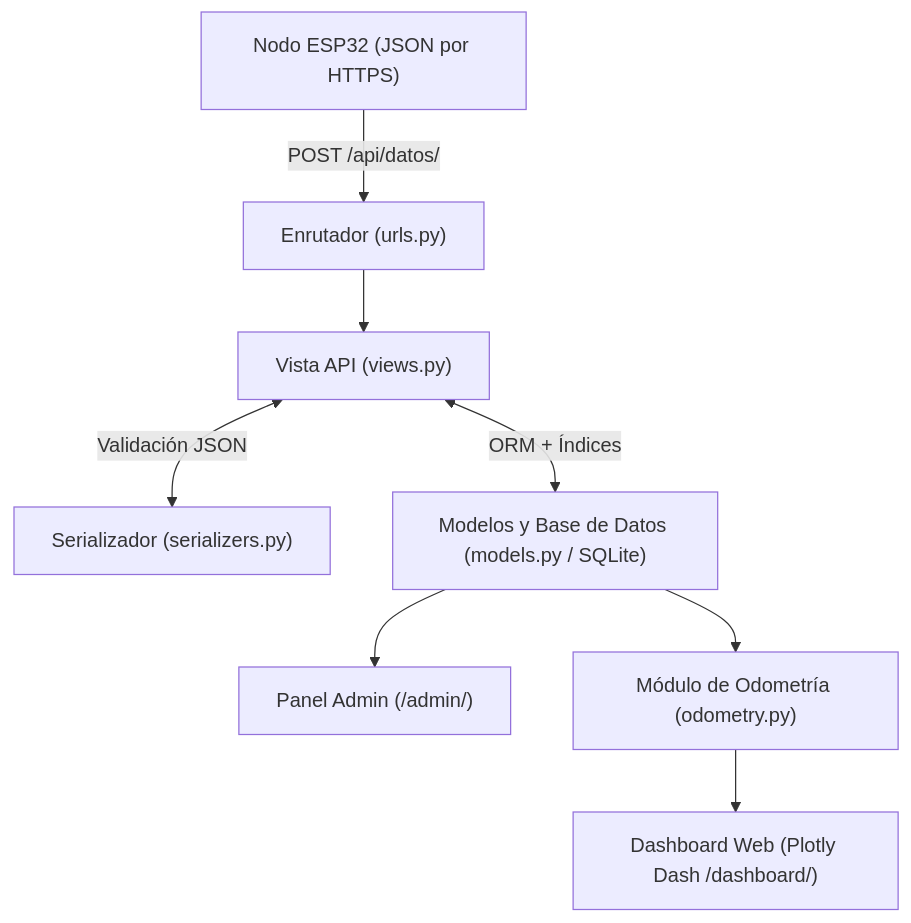
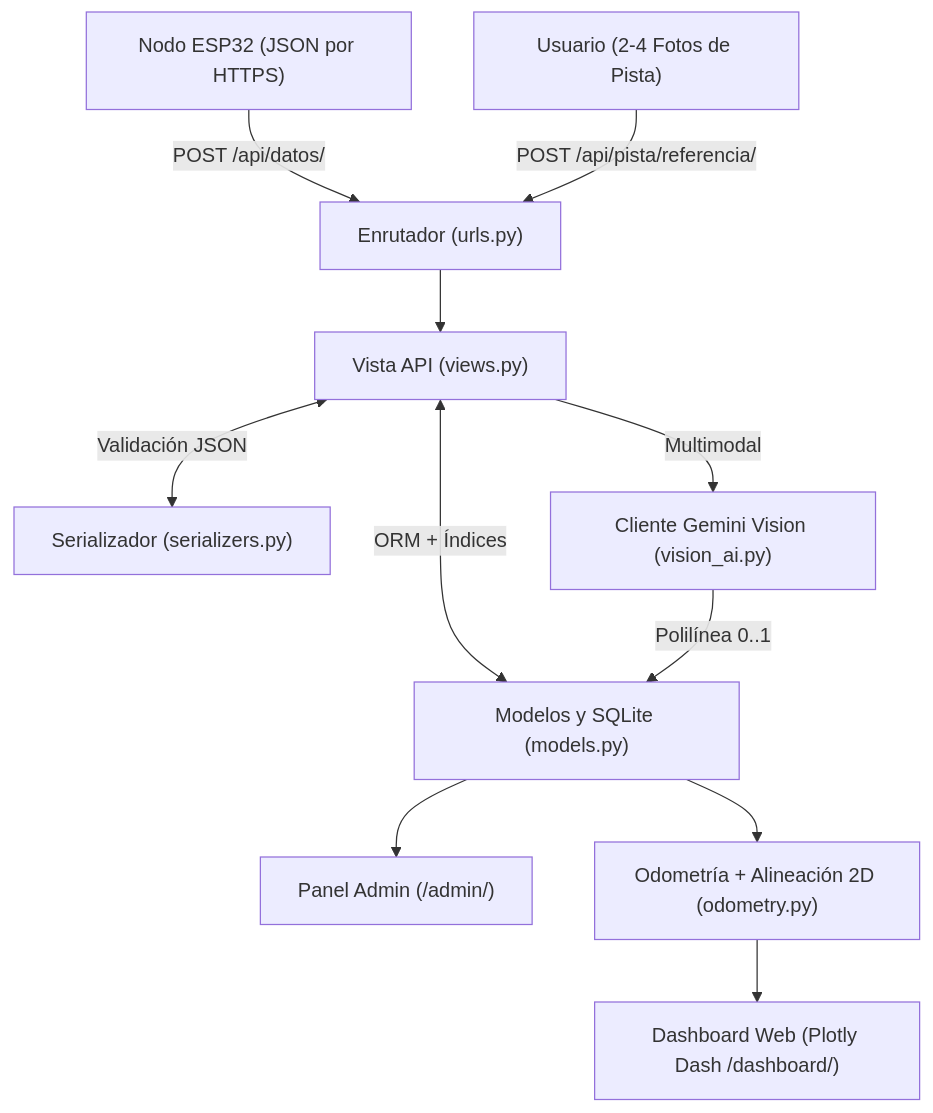
One commit to ssam-lll/idline-esp32 changed the diagram in docs/borrador_informe_software.md. Above: the diagram before and after it, drawn with Mermaid. The commit also changed other lines of this file and 1 other file, not shown here.

Commit message:
docs: actualizar informe con Vision IA multi-vista, alineacion 2D y captura U

````diff
--- a/docs/borrador_informe_software.md
+++ b/docs/borrador_informe_software.md
@@ -35,10 +35,13 @@
 ```mermaid
 flowchart TD
     A["Nodo ESP32 (JSON por HTTPS)"] -->|POST /api/datos/| B["Enrutador (urls.py)"]
     B --> C["Vista API (views.py)"]
     C <-->|Validación JSON| D["Serializador (serializers.py)"]
-    C <-->|ORM + Índices| E["Modelos y Base de Datos (models.py / SQLite)"]
+    C <-->|ORM + Índices| E["Modelos y SQLite (models.py)"]
+    U["Usuario (2-4 Fotos de Pista)"] -->|POST /api/pista/referencia/| B
+    C -->|Multimodal| V["Cliente Gemini Vision (vision_ai.py)"]
+    V -->|Polilínea 0..1| E
     E --> F["Panel Admin (/admin/)"]
-    E --> G["Módulo de Odometría (odometry.py)"]
+    E --> G["Odometría + Alineación 2D (odometry.py)"]
     G --> H["Dashboard Web (Plotly Dash /dashboard/)"]
 ```
````
